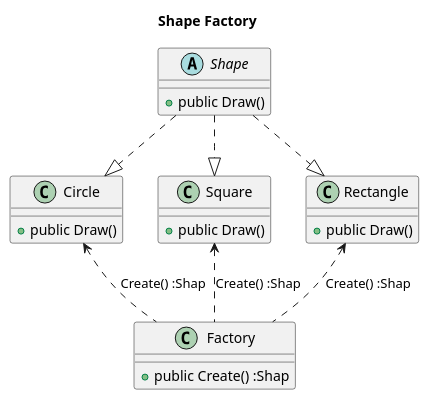
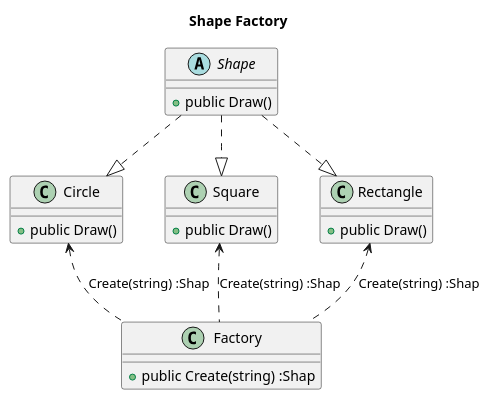
Before and after one commit to yueyangtian/Design-pattern: the diagram in UML/factory.puml, drawn with PlantUML. The commit also changed 5 other files, not shown here.

```diff
--- a/UML/factory.puml
+++ b/UML/factory.puml
@@ -1,25 +1,25 @@
 @startuml
 title Shape Factory
 abstract class Shape {
     + public Draw() 
 }
 class Circle {
     + public Draw()
 }
 class Square {
     + public Draw()
 }
 class Rectangle {
     + public Draw()
 }
 class Factory {
-    + public Create() :Shap
+    + public Create(string) :Shap
 }
 Circle <|.up. Shape
 Square <|.up. Shape
 Rectangle <|.up. Shape
 
-Rectangle <.down. Factory:Create() :Shap
-Circle <.down. Factory:Create() :Shap
-Square <.down. Factory:Create() :Shap
+Rectangle <.down. Factory:Create(string) :Shap
+Circle <.down. Factory:Create(string) :Shap
+Square <.down. Factory:Create(string) :Shap
 @enduml
```
